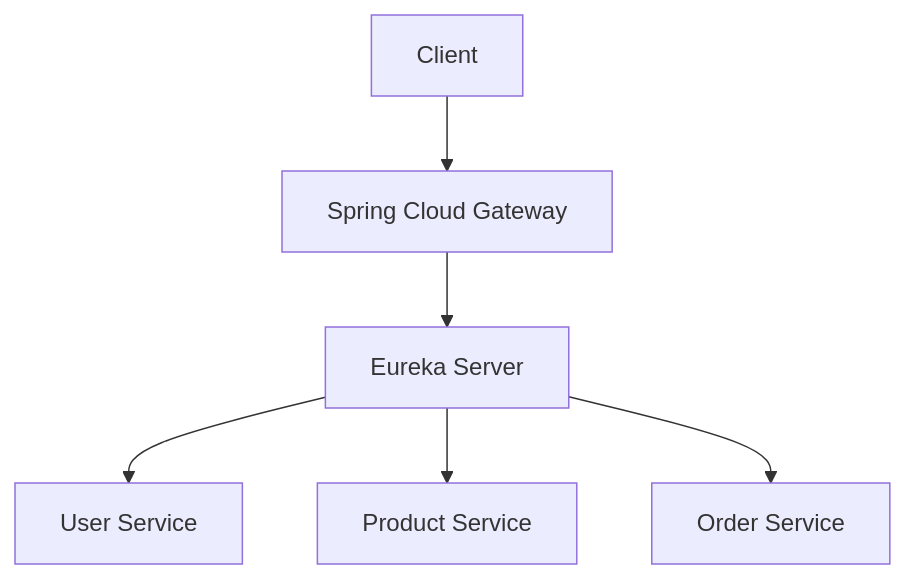
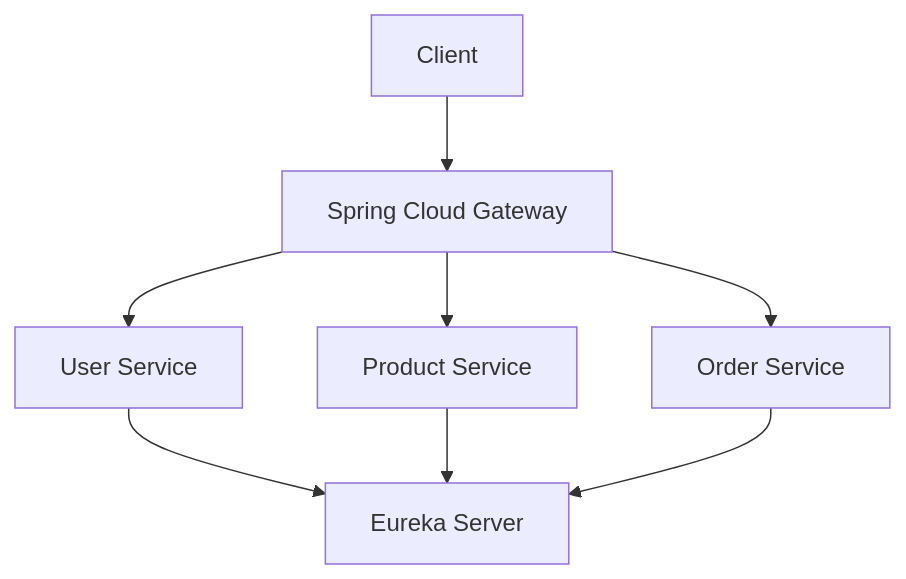
The diagram in docs/README.md (kadelcode/java-api-gateway-demo), drawn with Mermaid before and after one commit.

Commit message:
docs(repo): update flow diagram (#2)

````diff
--- a/docs/README.md
+++ b/docs/README.md
@@ -28,16 +28,18 @@
 ```mermaid
 graph TD
 
 A[Client];
 B[Spring Cloud Gateway];
 C[Eureka Server];
 D[User Service];
 E[Product Service];
 F[Order Service];
 
 A --> B
-B --> C
-C --> D
-C --> E
-C --> F
+B --> D
+B --> E
+B --> F
+D --> C
+E --> C
+F --> C
 ```
````
